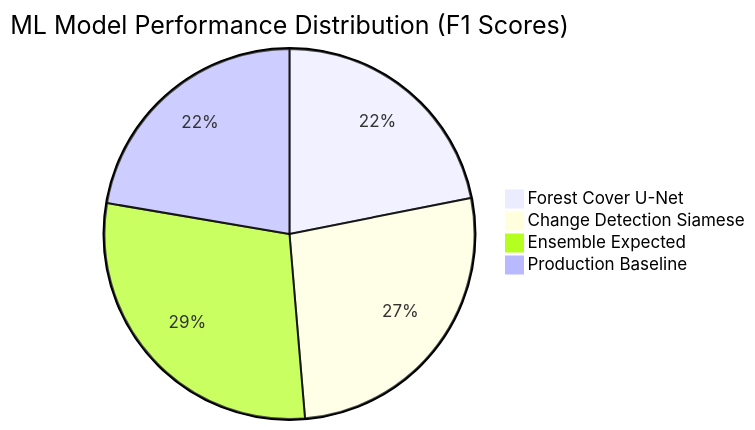
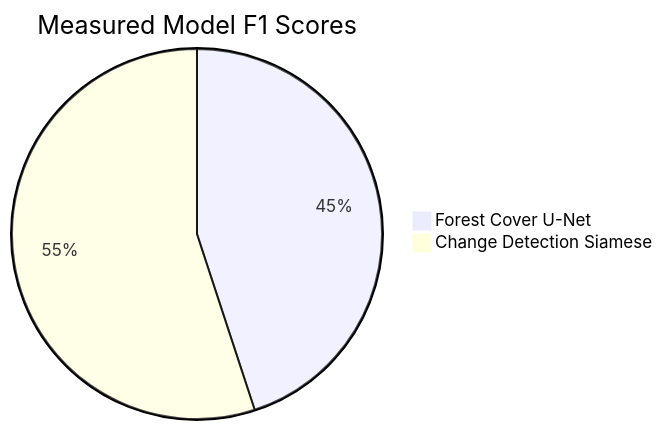
Before and after one commit to engmohamedsalah/carbon-credit-project: the third of 6 diagrams in documentation/final_documentation.md, drawn with Mermaid. The commit also changed other lines of this file and 34 other files, not shown here.

````diff
--- a/documentation/final_documentation.md
+++ b/documentation/final_documentation.md
@@ -227,7 +227,5 @@
 ```mermaid
-pie title ML Model Performance Distribution (F1 Scores)
+pie title Measured Model F1 Scores
     "Forest Cover U-Net" : 49
     "Change Detection Siamese" : 60
-    "Ensemble Expected" : 65
-    "Production Baseline" : 50
 ```
````
